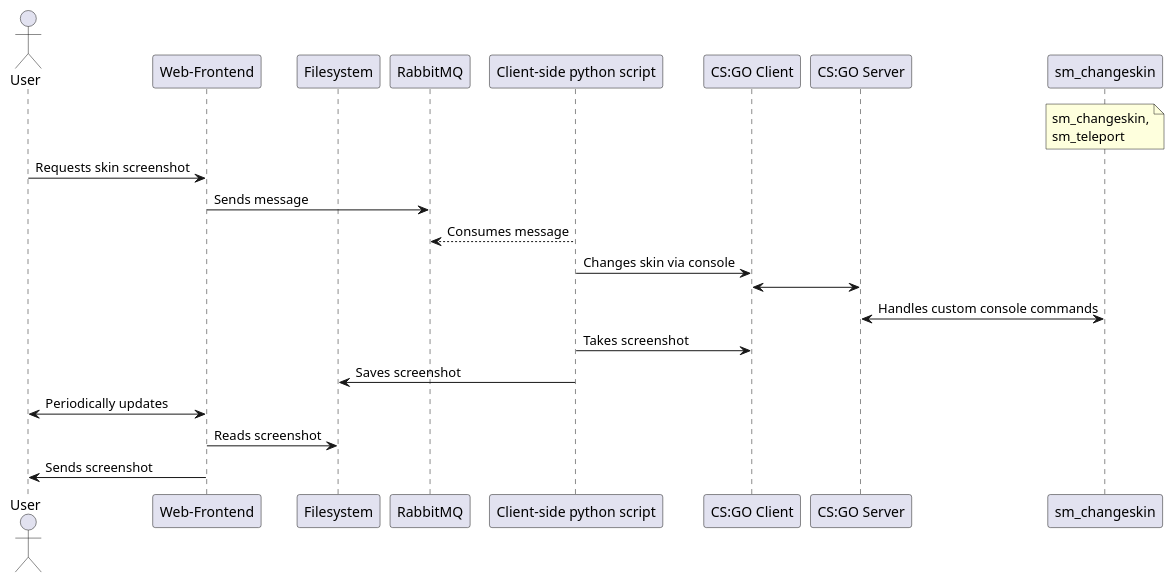
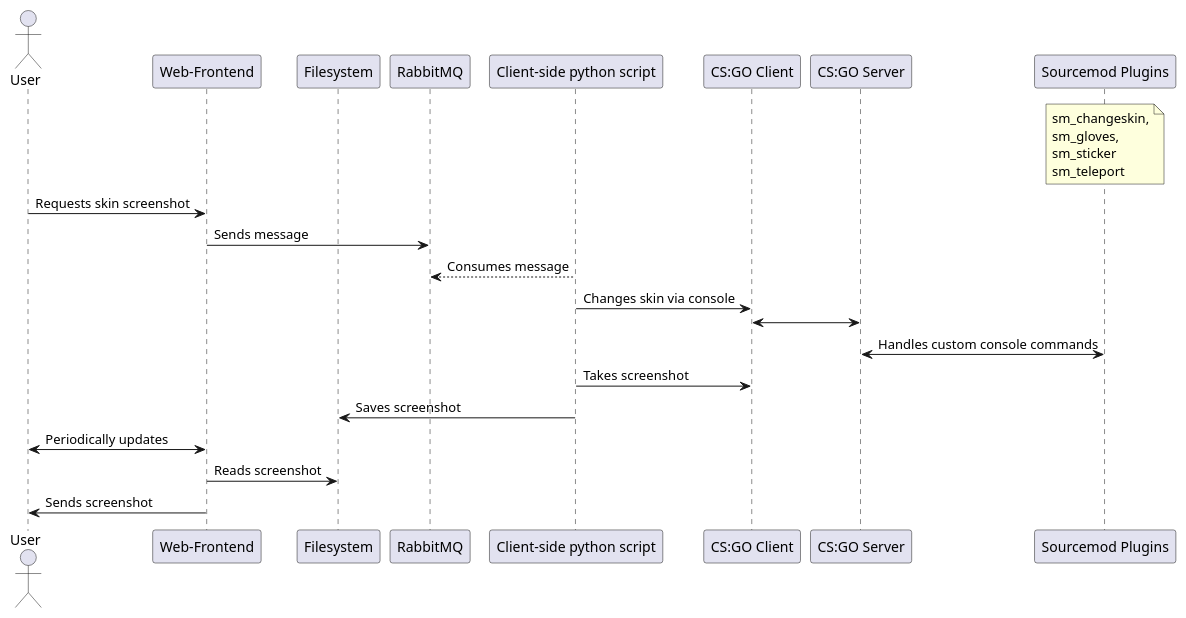
One commit to andreas-mausch/csgo-skinscreenshot changed the diagram in sequence.plantuml. Above: the diagram before and after it, drawn with PlantUML.

Commit message:
Update PlantUML for new commands

```diff
--- a/sequence.plantuml
+++ b/sequence.plantuml
@@ -1,25 +1,25 @@
 @startuml
 actor User
 participant "Web-Frontend" as WebFrontend
 participant Filesystem
 participant RabbitMQ
 participant "Client-side python script" as ClientSidePythonScripts
 participant "CS:GO Client" as GameClient
 participant "CS:GO Server" as GameServer
-participant "sm_changeskin" as changeskin
+participant "Sourcemod Plugins" as SourcemodPlugins
 
-note over changeskin: sm_changeskin,\nsm_teleport
+note over SourcemodPlugins: sm_changeskin,\nsm_gloves,\nsm_sticker\nsm_teleport
 
 User -> WebFrontend: Requests skin screenshot
 WebFrontend -> RabbitMQ: Sends message
 RabbitMQ <-- ClientSidePythonScripts: Consumes message
 ClientSidePythonScripts -> GameClient: Changes skin via console
 GameClient <-> GameServer
-GameServer <-> changeskin: Handles custom console commands
+GameServer <-> SourcemodPlugins: Handles custom console commands
 ClientSidePythonScripts -> GameClient: Takes screenshot
 ClientSidePythonScripts -> Filesystem: Saves screenshot
 
 WebFrontend <-> User: Periodically updates
 WebFrontend -> Filesystem: Reads screenshot
 WebFrontend -> User: Sends screenshot
 @enduml
```
